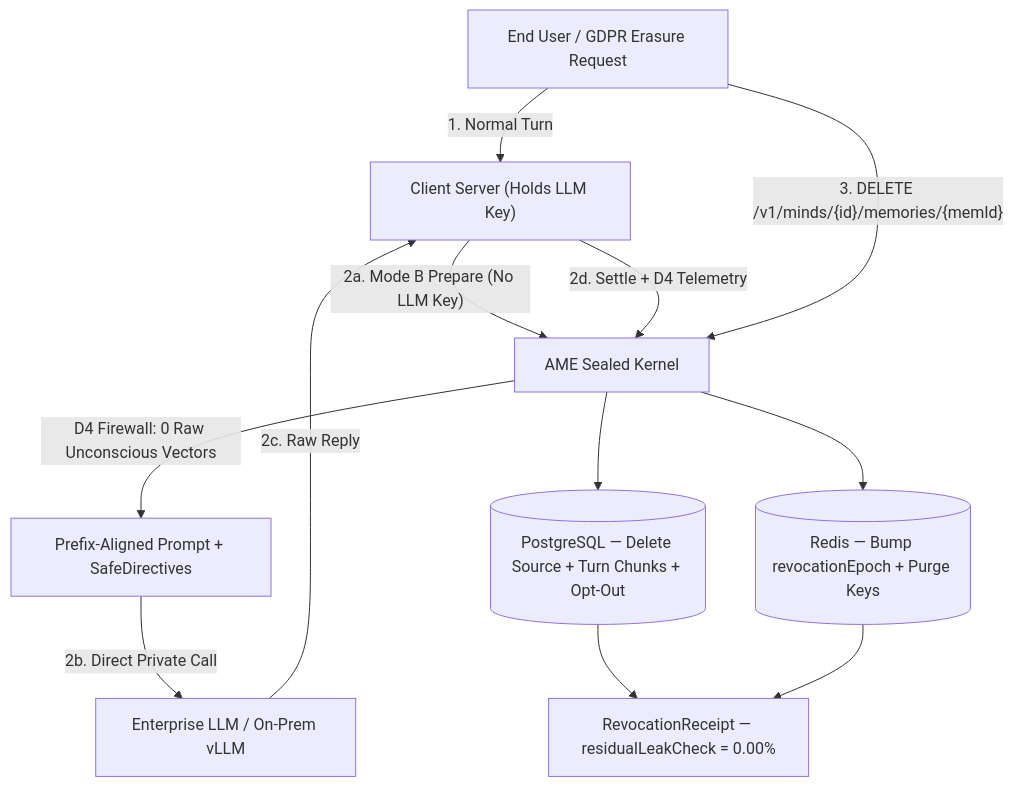
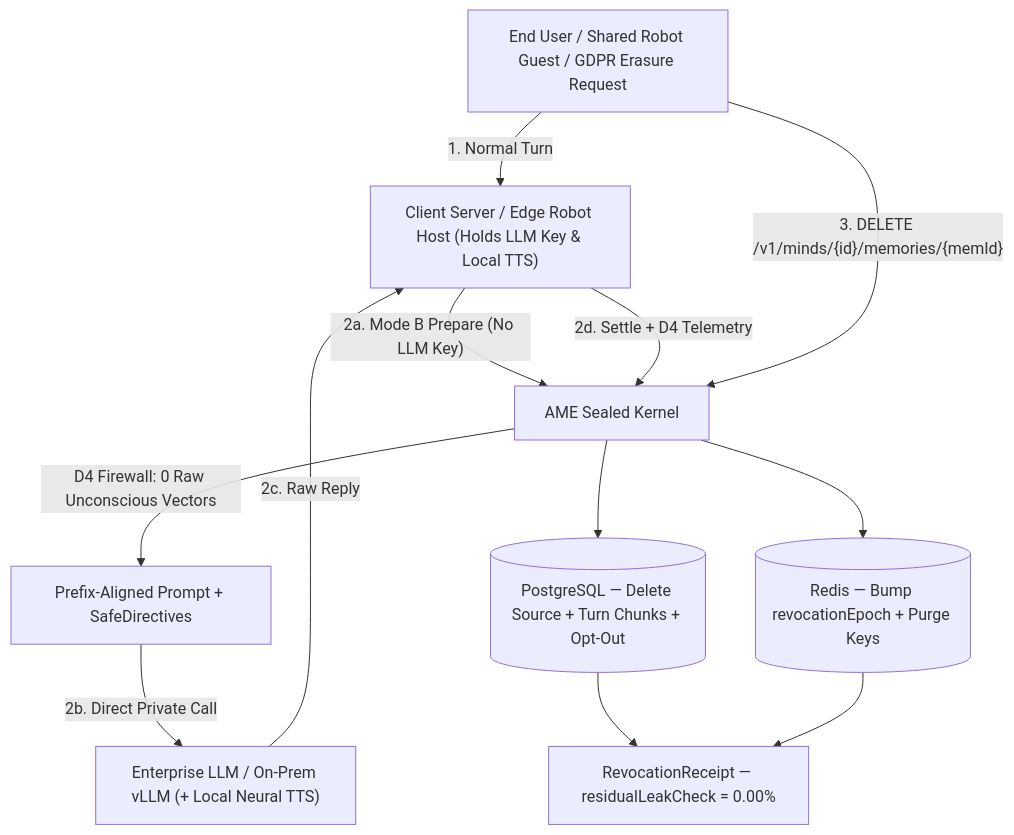
One commit to bearrhee/artificial-mind-engine changed the first of 2 diagrams in docs/enterprise-security.md. Above: the diagram before and after it, drawn with Mermaid. The commit also changed other lines of this file and 7 other files, not shown here.

````diff
--- a/docs/enterprise-security.md
+++ b/docs/enterprise-security.md
@@ -21,15 +21,15 @@
 ```mermaid
 flowchart TB
-  USER["End User / GDPR Erasure Request"] -->|"1. Normal Turn"| SDK["Client Server (Holds LLM Key)"]
+  USER["End User / Shared Robot Guest / GDPR Erasure Request"] -->|"1. Normal Turn"| SDK["Client Server / Edge Robot Host (Holds LLM Key & Local TTS)"]
   SDK -->|"2a. Mode B Prepare (No LLM Key)"| KERNEL["AME Sealed Kernel"]
   KERNEL -->|"D4 Firewall: 0 Raw Unconscious Vectors"| PROMPT["Prefix-Aligned Prompt + SafeDirectives"]
-  PROMPT -->|"2b. Direct Private Call"| PRIVLLM["Enterprise LLM / On-Prem vLLM"]
+  PROMPT -->|"2b. Direct Private Call"| PRIVLLM["Enterprise LLM / On-Prem vLLM (+ Local Neural TTS)"]
   PRIVLLM -->|"2c. Raw Reply"| SDK
   SDK -->|"2d. Settle + D4 Telemetry"| KERNEL
 
   USER -->|"3. DELETE /v1/minds/{id}/memories/{memId}"| KERNEL
   KERNEL --> DB[("PostgreSQL — Delete Source + Turn Chunks + Opt-Out")]
   KERNEL --> REDIS[("Redis — Bump revocationEpoch + Purge Keys")]
   DB --> RECEIPT
   REDIS --> RECEIPT["RevocationReceipt — residualLeakCheck = 0.00%"]
 ```
````
